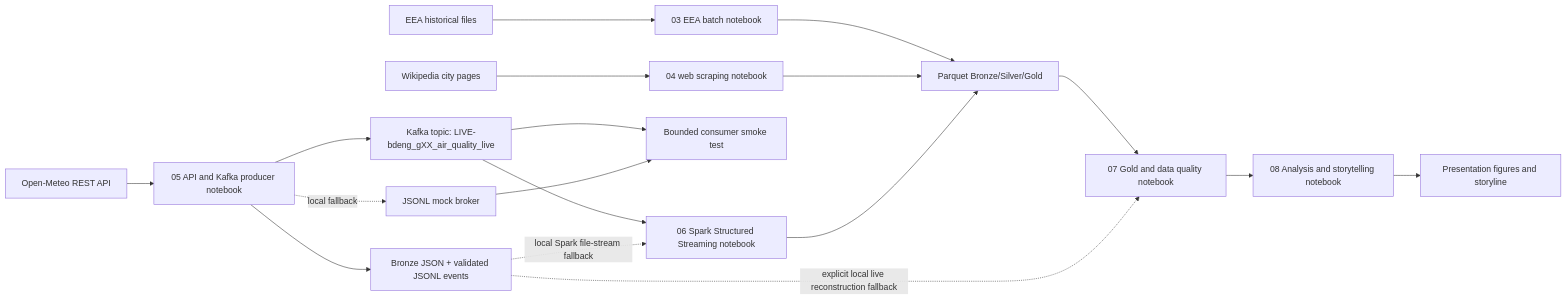
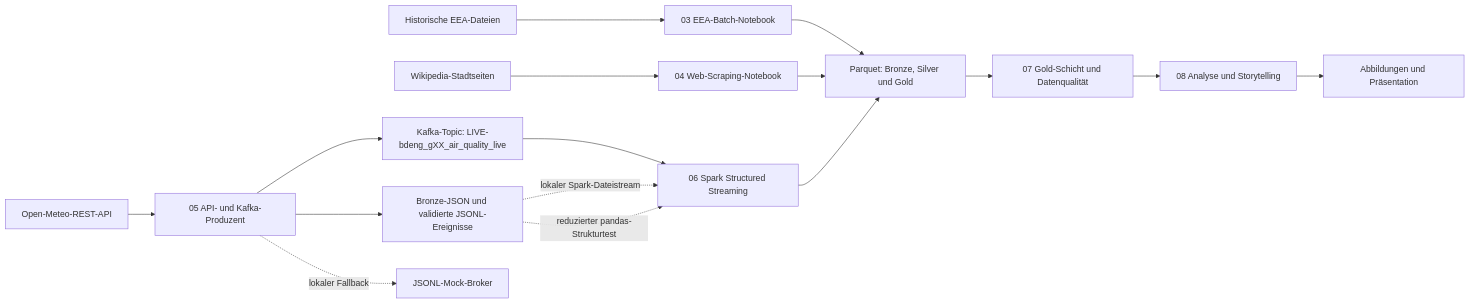
One commit to OnlyMajorG/euro-air-quality-pipeline changed the diagram in docs/diagrams/architecture.mmd. Above: the diagram before and after it, drawn with Mermaid. The commit also changed 36 other files, not shown here.

Commit message:
Phase 8: Analysis, Visualization and Storytelling

```diff
--- a/docs/diagrams/architecture.mmd
+++ b/docs/diagrams/architecture.mmd
@@ -1,18 +1,16 @@
 flowchart LR
-    EEA["EEA historical files"] --> N03["03 EEA batch notebook"]
-    WIKI["Wikipedia city pages"] --> N04["04 web scraping notebook"]
-    API["Open-Meteo REST API"] --> N05["05 API and Kafka producer notebook"]
-    N05 --> RAW["Bronze JSON + validated JSONL events"]
-    N05 --> KAFKA["Kafka topic: LIVE-bdeng_gXX_air_quality_live"]
-    N05 -. "local fallback" .-> MOCK["JSONL mock broker"]
-    KAFKA --> EVIDENCE["Bounded consumer smoke test"]
-    MOCK --> EVIDENCE
-    KAFKA --> N06["06 Spark Structured Streaming notebook"]
-    RAW -. "local Spark file-stream fallback" .-> N06
-    N03 --> PARQUET["Parquet Bronze/Silver/Gold"]
+    EEA["Historische EEA-Dateien"] --> N03["03 EEA-Batch-Notebook"]
+    WIKI["Wikipedia-Stadtseiten"] --> N04["04 Web-Scraping-Notebook"]
+    API["Open-Meteo-REST-API"] --> N05["05 API- und Kafka-Produzent"]
+    N05 --> RAW["Bronze-JSON und validierte JSONL-Ereignisse"]
+    N05 --> KAFKA["Kafka-Topic: LIVE-bdeng_gXX_air_quality_live"]
+    N05 -. "lokaler Fallback" .-> MOCK["JSONL-Mock-Broker"]
+    KAFKA --> N06["06 Spark Structured Streaming"]
+    RAW -. "lokaler Spark-Dateistream" .-> N06
+    RAW -. "reduzierter pandas-Strukturtest" .-> N06
+    N03 --> PARQUET["Parquet: Bronze, Silver und Gold"]
     N04 --> PARQUET
     N06 --> PARQUET
-    PARQUET --> N07["07 Gold and data quality notebook"]
-    RAW -. "explicit local live reconstruction fallback" .-> N07
-    N07 --> N08["08 Analysis and storytelling notebook"]
-    N08 --> PRES["Presentation figures and storyline"]
+    PARQUET --> N07["07 Gold-Schicht und Datenqualität"]
+    N07 --> N08["08 Analyse und Storytelling"]
+    N08 --> PRES["Abbildungen und Präsentation"]
```
